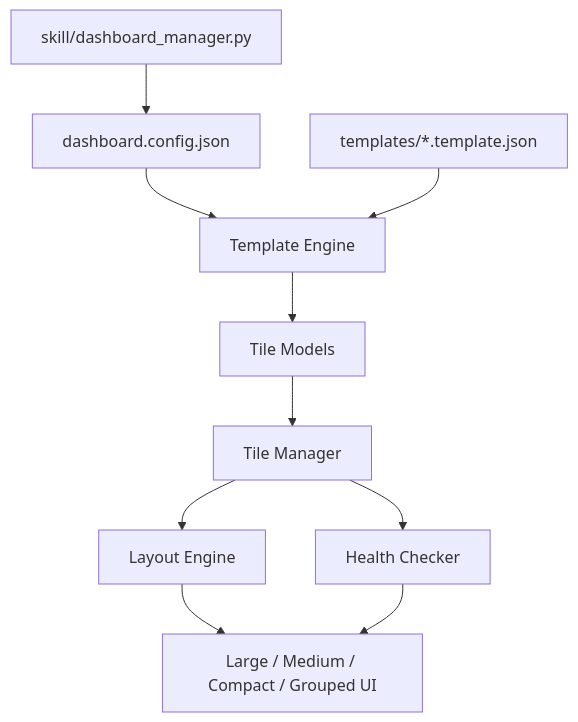
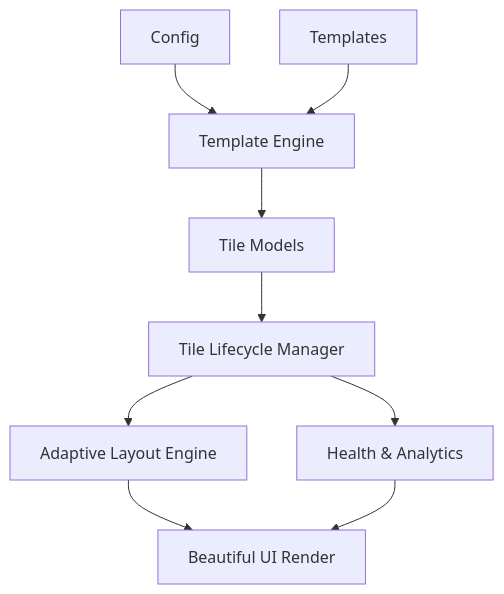
The diagram in README.md (wspotter/openclaw-dashboard), drawn with Mermaid before and after one commit. The commit also changed other lines of this file, not shown here.

````diff
--- a/README.md
+++ b/README.md
@@ -29,12 +31,11 @@
 ```mermaid
 flowchart TD
-  A[dashboard.config.json] --> B[Template Engine]
-  C[templates/*.template.json] --> B
+  A[Config] --> B[Template Engine]
+  C[Templates] --> B
   B --> D[Tile Models]
-  D --> E[Tile Manager]
-  E --> F[Health Checker]
-  E --> G[Layout Engine]
-  G --> H[Large / Medium / Compact / Grouped UI]
+  D --> E[Tile Lifecycle Manager]
+  E --> F[Health & Analytics]
+  E --> G[Adaptive Layout Engine]
+  G --> H[Beautiful UI Render]
   F --> H
-  I[skill/dashboard_manager.py] --> A
 ```
````
